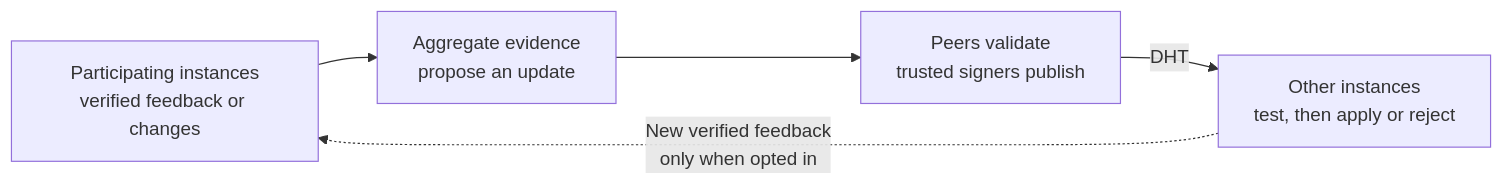
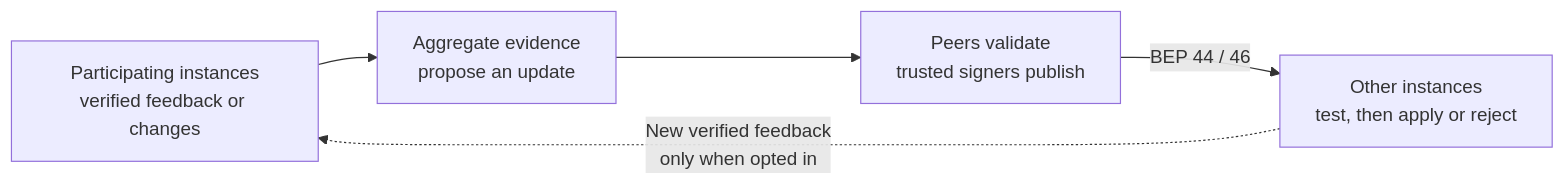
The diagram in docs/distributed-updates.md (spencernorton/armiger), drawn with Mermaid before and after one commit. The commit also changed other lines of this file and 1 other file, not shown here.

Commit message:
Explain BEP 44 and BEP 46 in the update guide

````diff
--- a/docs/distributed-updates.md
+++ b/docs/distributed-updates.md
@@ -20,7 +20,7 @@
 ```mermaid
 flowchart LR
     feedback["Participating instances<br/>verified feedback or changes"] --> build["Aggregate evidence<br/>propose an update"]
     build --> review["Peers validate<br/>trusted signers publish"]
-    review -->|DHT| receive["Other instances<br/>test, then apply or reject"]
+    review -->|BEP 44 / 46| receive["Other instances<br/>test, then apply or reject"]
     receive -. "New verified feedback<br/>only when opted in" .-> feedback
 ```
````
